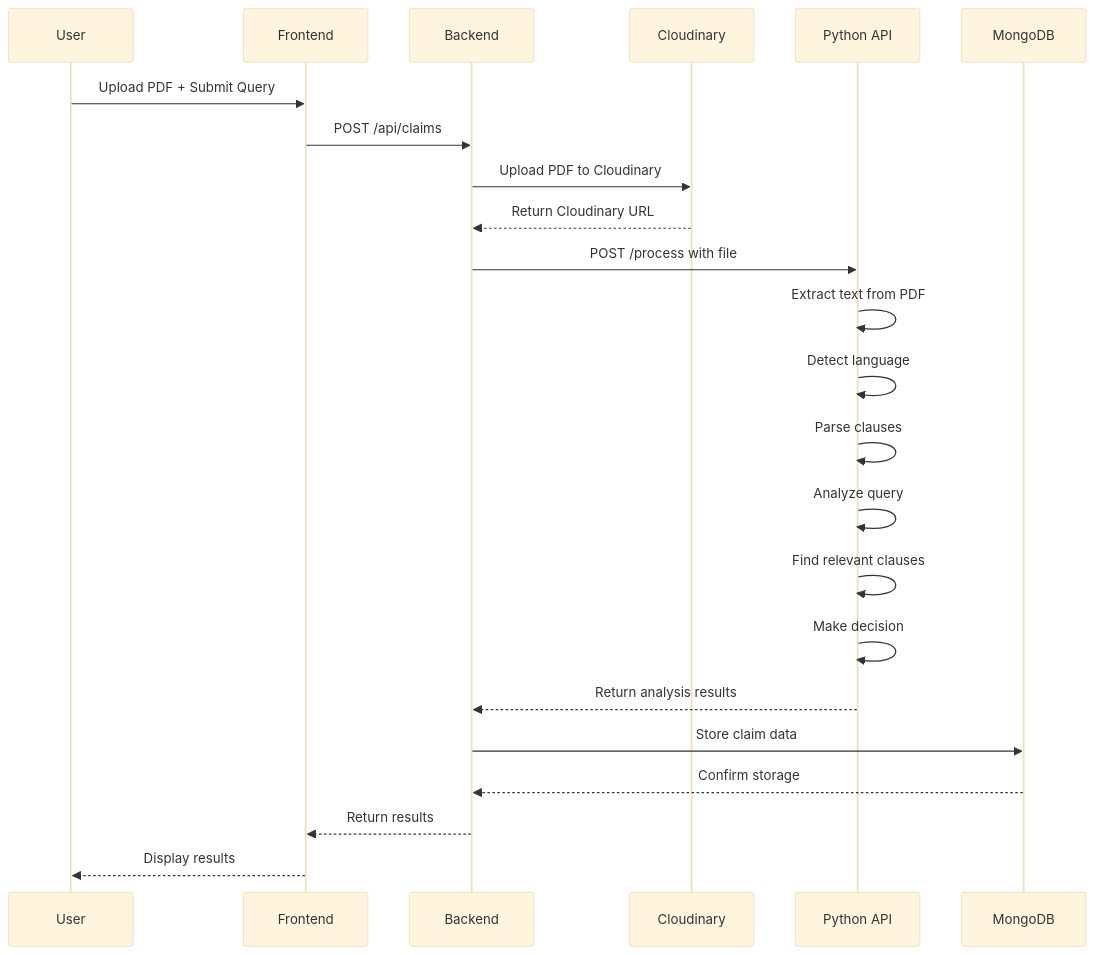
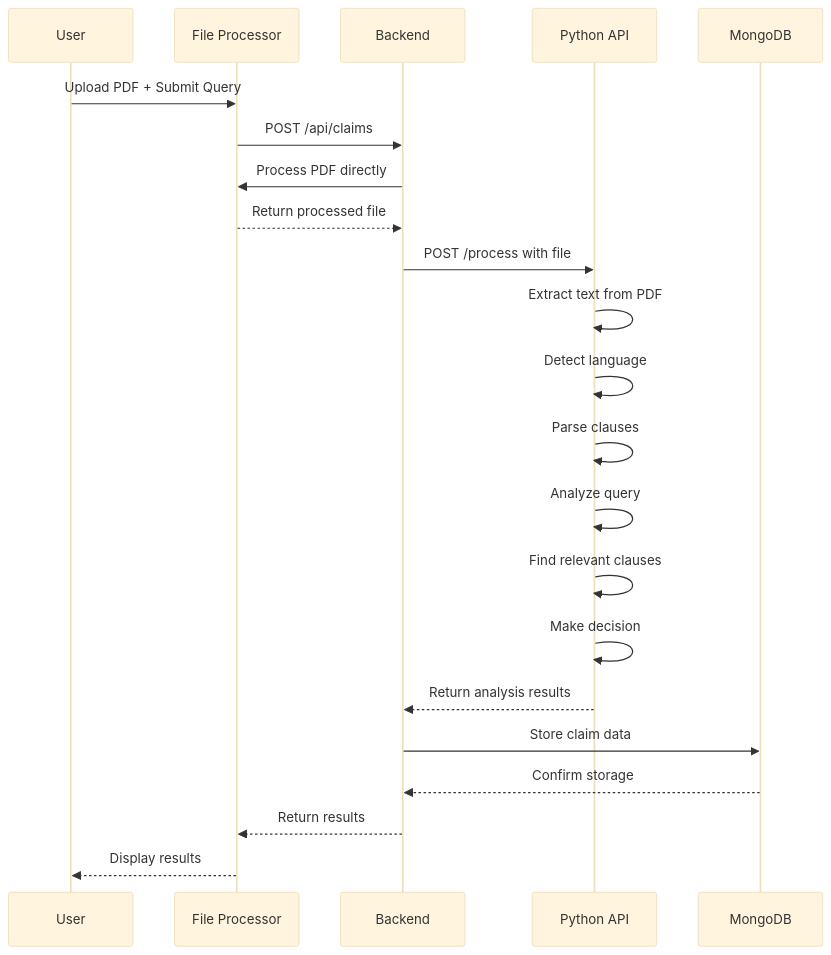
The first of 2 diagrams in API_DOCUMENTATION.md (yash720/bajaj), drawn with Mermaid (base theme) before and after one commit. The commit also changed other lines of this file and 14 other files, not shown here.

````diff
--- a/API_DOCUMENTATION.md
+++ b/API_DOCUMENTATION.md
@@ -275,26 +273,26 @@
 ```mermaid
 sequenceDiagram
     participant U as User
     participant F as Frontend
     participant B as Backend
-    participant C as Cloudinary
+    participant F as File Processor
     participant P as Python API
     participant M as MongoDB
 
     U->>F: Upload PDF + Submit Query
     F->>B: POST /api/claims
-    B->>C: Upload PDF to Cloudinary
-    C-->>B: Return Cloudinary URL
+    B->>F: Process PDF directly
+    F-->>B: Return processed file
     B->>P: POST /process with file
     P->>P: Extract text from PDF
     P->>P: Detect language
     P->>P: Parse clauses
     P->>P: Analyze query
     P->>P: Find relevant clauses
     P->>P: Make decision
     P-->>B: Return analysis results
     B->>M: Store claim data
     M-->>B: Confirm storage
     B-->>F: Return results
     F-->>U: Display results
 ```
````
